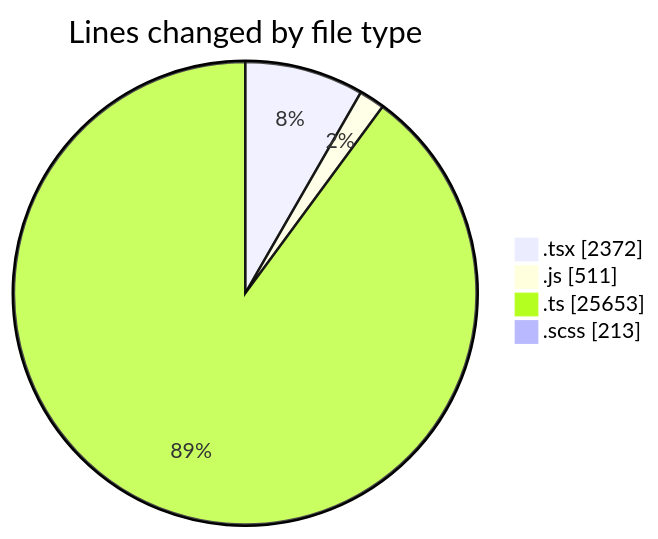
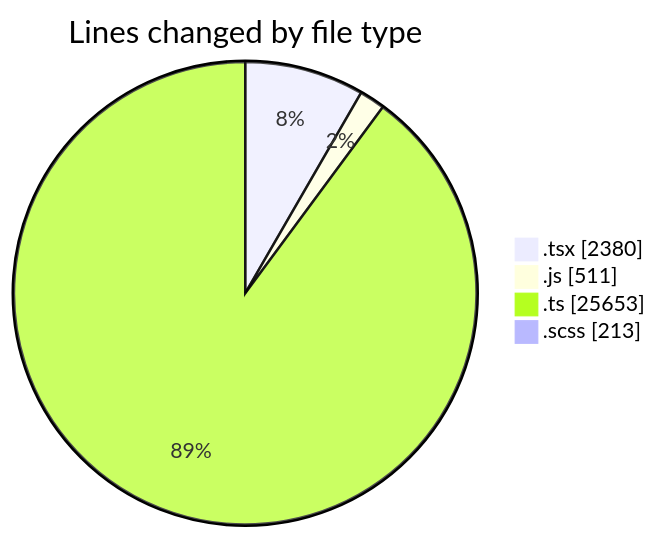
Before and after one commit to momahboobian/code-tracking: the first of 2 diagrams in 2025-06-30/cda/README.md, drawn with Mermaid. The commit also changed other lines of this file and 1 other file, not shown here.

````diff
--- a/2025-06-30/cda/README.md
+++ b/2025-06-30/cda/README.md
@@ -41,8 +41,8 @@
 ```mermaid
 pie showData
 title Lines changed by file type
-".tsx" : 2372
+".tsx" : 2380
 ".js" : 511
 ".ts" : 25653
 ".scss" : 213
 ```
````
